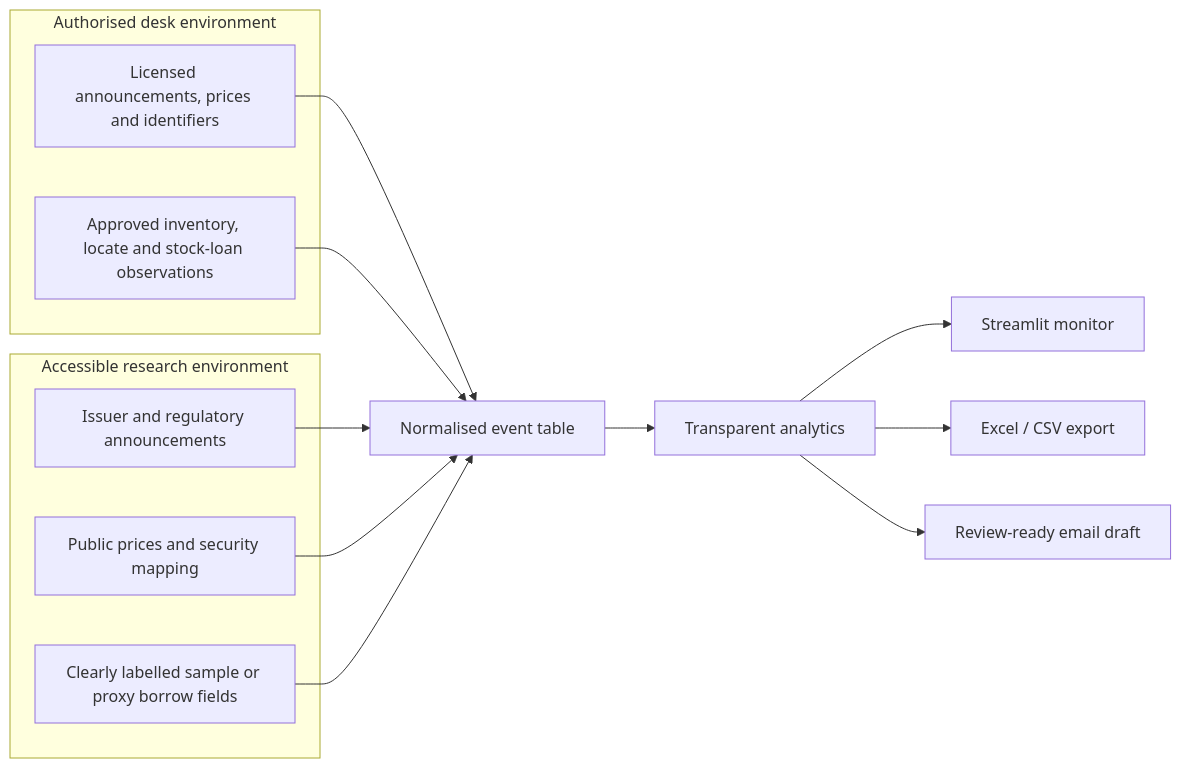
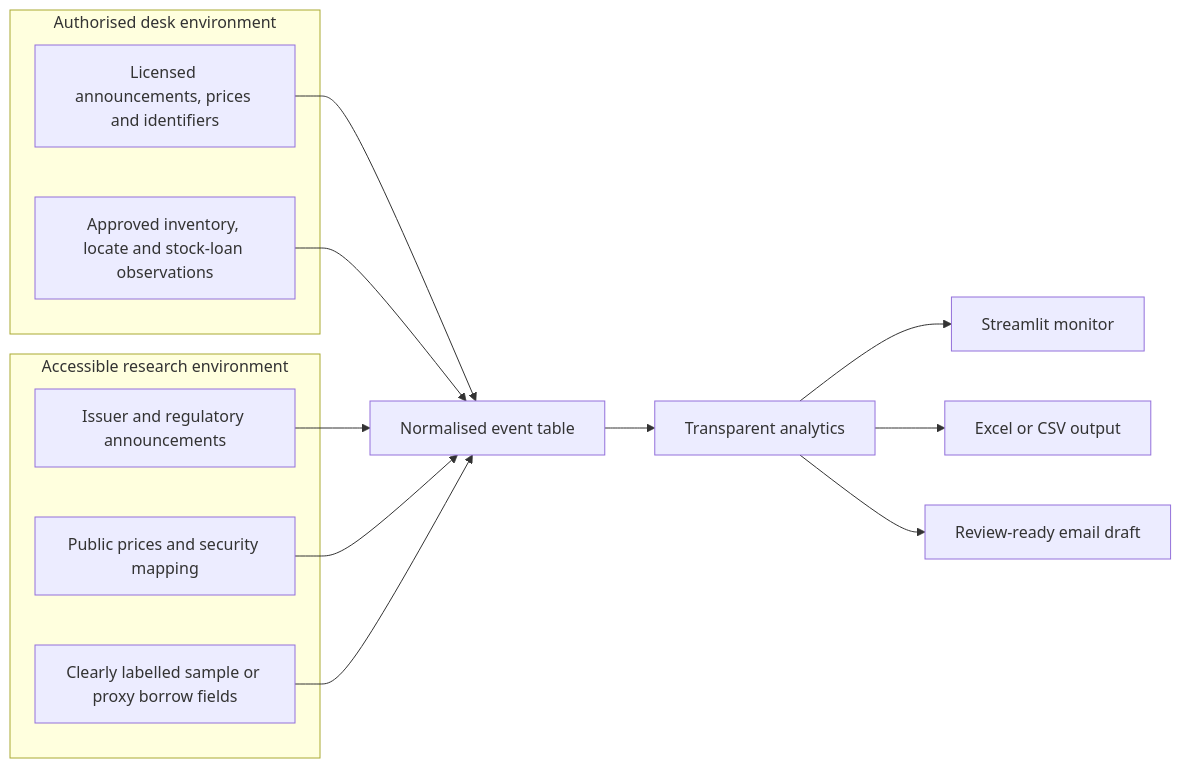
Before and after one commit to MelQuantLab/quant-lab: the fourth of 7 diagrams in 03-event-driven/corporate-actions-borrow-rv-monitor/README.md, drawn with Mermaid. The commit also changed other lines of this file and 3 other files, not shown here.

````diff
--- a/03-event-driven/corporate-actions-borrow-rv-monitor/README.md
+++ b/03-event-driven/corporate-actions-borrow-rv-monitor/README.md
@@ -65,21 +242,21 @@
 ```mermaid
 flowchart LR
     subgraph D[Authorised desk environment]
       D1[Licensed announcements, prices and identifiers]
       D2[Approved inventory, locate and stock-loan observations]
     end
     subgraph R[Accessible research environment]
       R1[Issuer and regulatory announcements]
       R2[Public prices and security mapping]
       R3[Clearly labelled sample or proxy borrow fields]
     end
     D1 --> N[Normalised event table]
     D2 --> N
     R1 --> N
     R2 --> N
     R3 --> N
     N --> E[Transparent analytics]
     E --> UI[Streamlit monitor]
-    E --> X[Excel / CSV export]
+    E --> X[Excel or CSV output]
     E --> M[Review-ready email draft]
 ```
````
